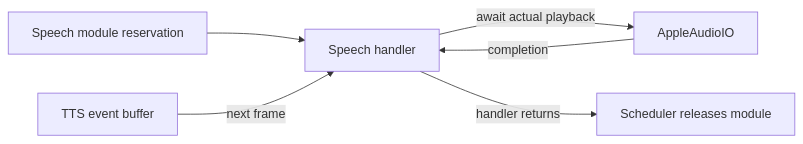
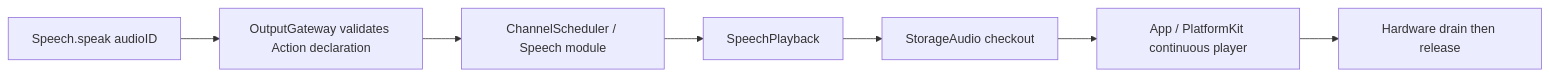
Before and after one commit to devilyouwei/MobileHarness: the diagram in MobileHarness/Actions/Speech/README.md, drawn with Mermaid. The commit also changed other lines of this file and 124 other files, not shown here.

Commit message:
feat: integrate speech storage and model settings

````diff
--- a/MobileHarness/Actions/Speech/README.md
+++ b/MobileHarness/Actions/Speech/README.md
@@ -17,8 +5,9 @@
 ```mermaid
 flowchart LR
-    Scheduler[Speech module reservation] --> Action[Speech handler]
-    TTS[TTS event buffer] -->|next frame| Action
-    Action -->|await actual playback| Audio[AppleAudioIO]
-    Audio -->|completion| Action
-    Action -->|handler returns| Release[Scheduler releases module]
+    Call[Speech.speak audioID] --> Gateway[OutputGateway validates Action declaration]
+    Gateway --> Channel[ChannelScheduler / Speech module]
+    Channel --> Playback[SpeechPlayback]
+    Playback --> Cache[StorageAudio checkout]
+    Cache --> Player[App / PlatformKit continuous player]
+    Player --> Done[Hardware drain then release]
 ```
````
